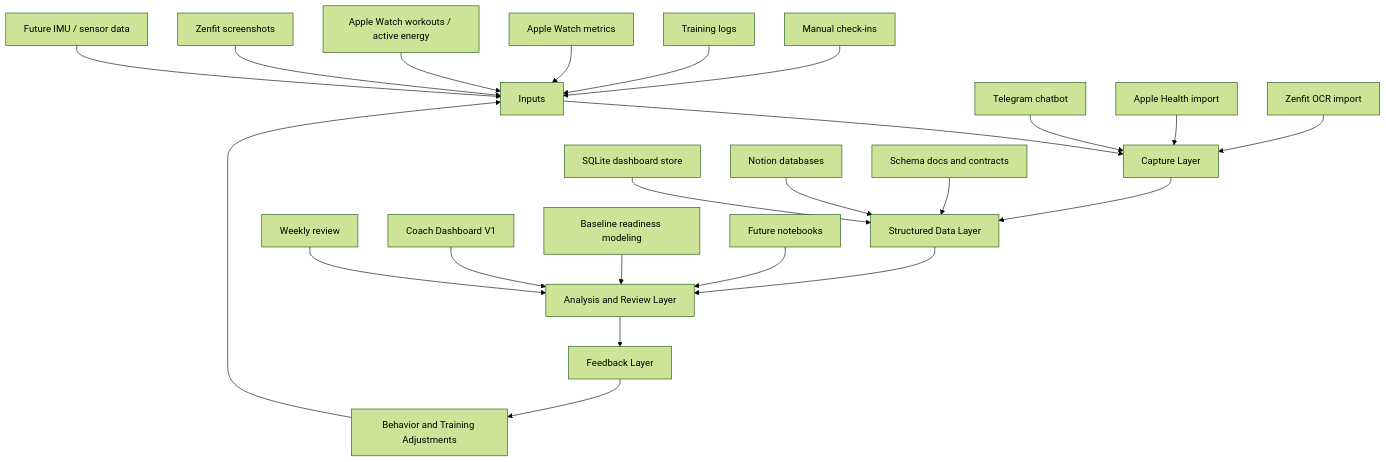
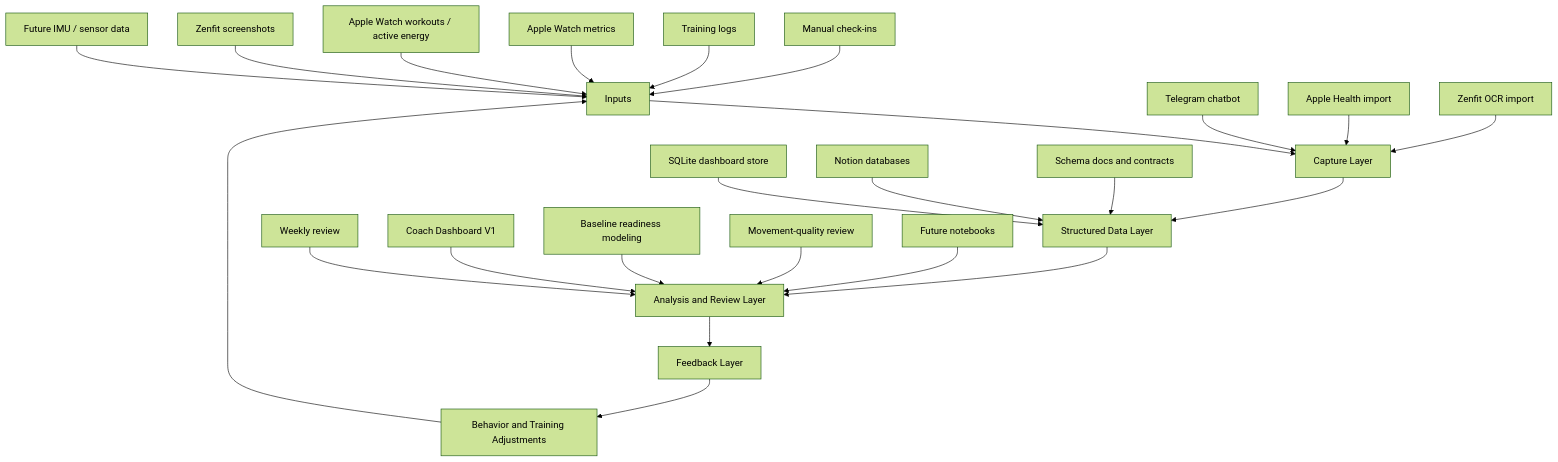
The diagram in docs/architecture.md (haleyparks329/the-human-model), drawn with Mermaid (forest theme) before and after one commit. The commit also changed other lines of this file and 9 other files, not shown here.

Commit message:
Refresh overview with movement quality progress

````diff
--- a/docs/architecture.md
+++ b/docs/architecture.md
@@ -5,27 +5,28 @@
 ```mermaid
 flowchart TD
     A[Inputs] --> B[Capture Layer]
     B --> C[Structured Data Layer]
     C --> D[Analysis and Review Layer]
     D --> E[Feedback Layer]
     E --> F[Behavior and Training Adjustments]
     F --> A
 
     A1[Manual check-ins] --> A
     A2[Training logs] --> A
     A3[Apple Watch metrics] --> A
     A6[Apple Watch workouts / active energy] --> A
     A4[Zenfit screenshots] --> A
     A5[Future IMU / sensor data] --> A
 
     B1[Telegram chatbot] --> B
     B2[Apple Health import] --> B
     B3[Zenfit OCR import] --> B
     C1[SQLite dashboard store] --> C
     C2[Notion databases] --> C
     C3[Schema docs and contracts] --> C
     D1[Weekly review] --> D
     D2[Coach Dashboard V1] --> D
     D3[Baseline readiness modeling] --> D
+    D5[Movement-quality review] --> D
     D4[Future notebooks] --> D
 ```
````
